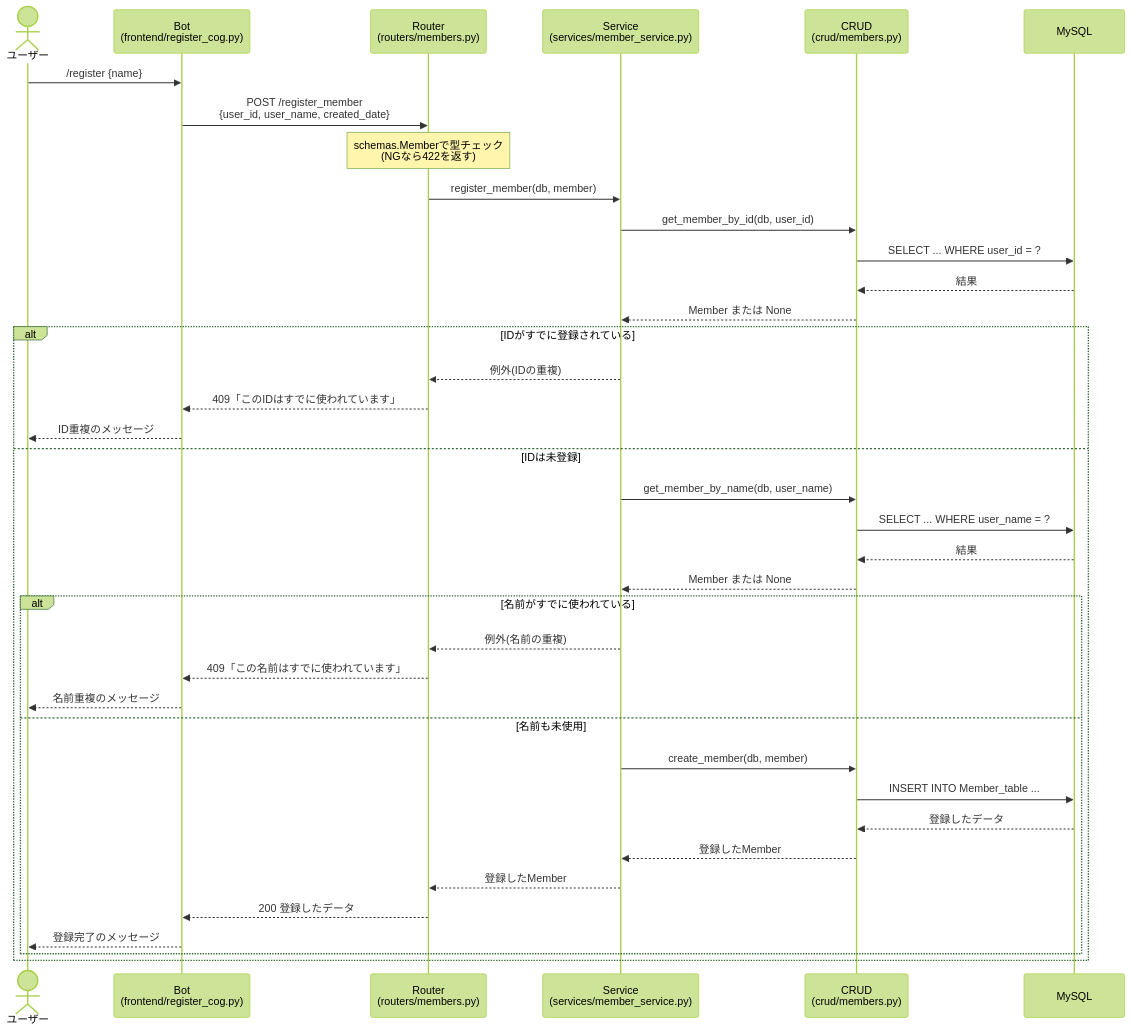
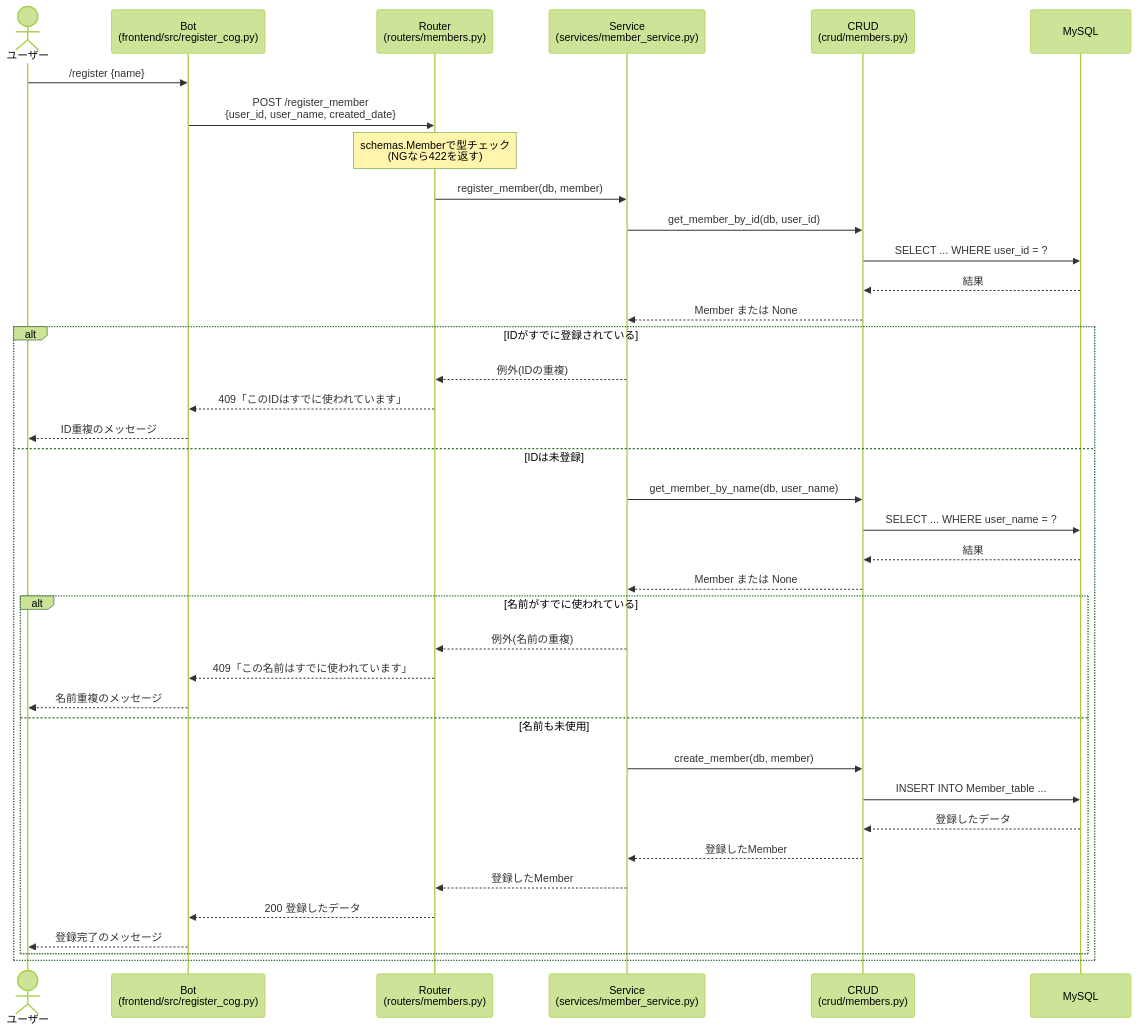
One commit to rabin0630/DiscordWorkLogger changed the diagram in docs/register_member_sequence.md. Above: the diagram before and after it, drawn with Mermaid (forest theme). The commit also changed 5 other files, not shown here.

````diff
--- a/docs/register_member_sequence.md
+++ b/docs/register_member_sequence.md
@@ -5,44 +5,44 @@
 ```mermaid
 sequenceDiagram
     actor User as ユーザー
-    participant Bot as Bot<br>(frontend/register_cog.py)
+    participant Bot as Bot<br>(frontend/src/register_cog.py)
     participant Router as Router<br>(routers/members.py)
     participant Service as Service<br>(services/member_service.py)
     participant CRUD as CRUD<br>(crud/members.py)
     participant DB as MySQL
 
     User->>Bot: /register {name}
     Bot->>Router: POST /register_member<br>{user_id, user_name, created_date}
     Note over Router: schemas.Memberで型チェック<br>(NGなら422を返す)
     Router->>Service: register_member(db, member)
 
     Service->>CRUD: get_member_by_id(db, user_id)
     CRUD->>DB: SELECT ... WHERE user_id = ?
     DB-->>CRUD: 結果
     CRUD-->>Service: Member または None
 
     alt IDがすでに登録されている
         Service-->>Router: 例外(IDの重複)
         Router-->>Bot: 409「このIDはすでに使われています」
         Bot-->>User: ID重複のメッセージ
     else IDは未登録
         Service->>CRUD: get_member_by_name(db, user_name)
         CRUD->>DB: SELECT ... WHERE user_name = ?
         DB-->>CRUD: 結果
         CRUD-->>Service: Member または None
 
         alt 名前がすでに使われている
             Service-->>Router: 例外(名前の重複)
             Router-->>Bot: 409「この名前はすでに使われています」
             Bot-->>User: 名前重複のメッセージ
         else 名前も未使用
             Service->>CRUD: create_member(db, member)
             CRUD->>DB: INSERT INTO Member_table ...
             DB-->>CRUD: 登録したデータ
             CRUD-->>Service: 登録したMember
             Service-->>Router: 登録したMember
             Router-->>Bot: 200 登録したデータ
             Bot-->>User: 登録完了のメッセージ
         end
     end
 ```
````
